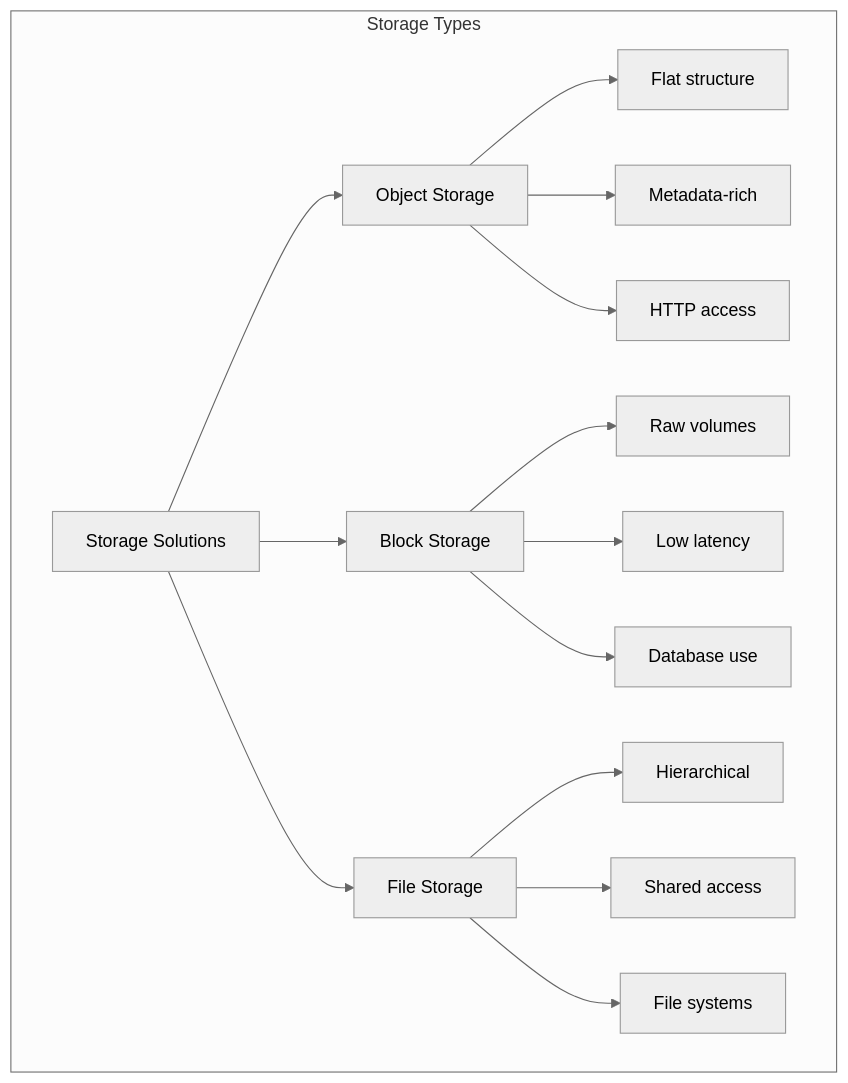
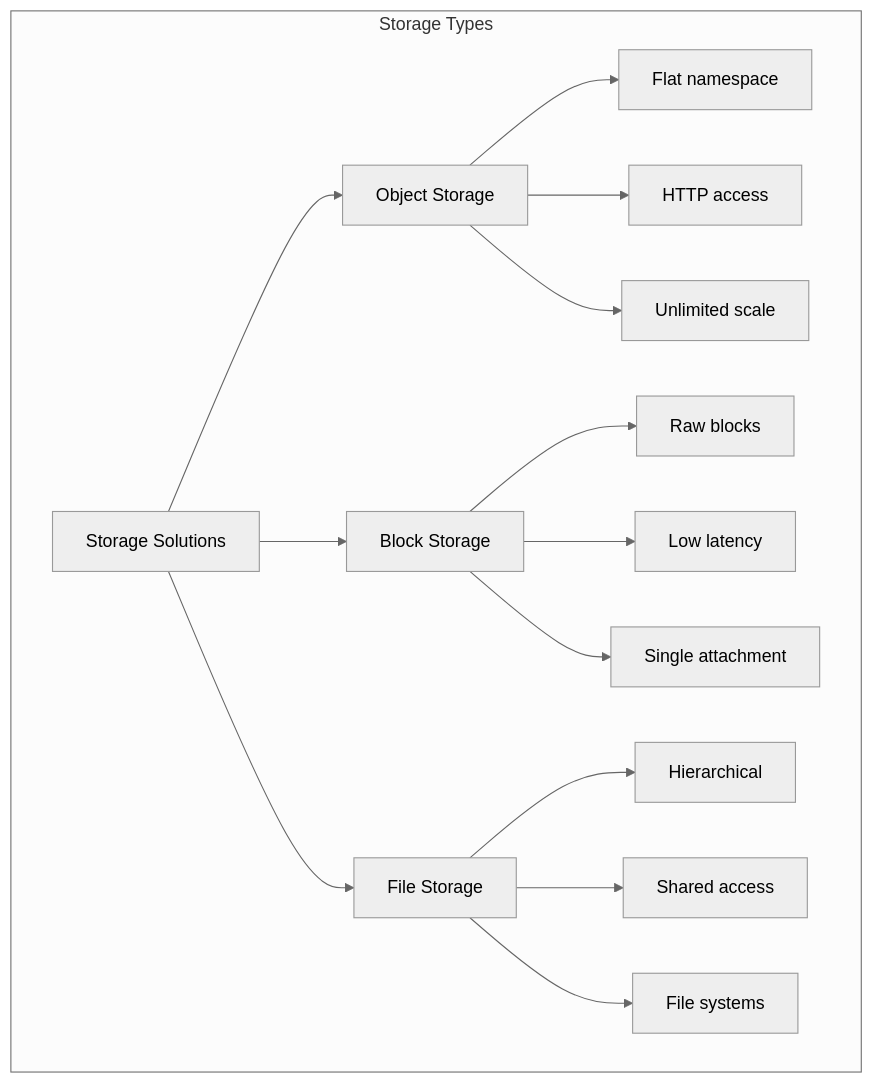
Before and after one commit to msk1039/eac-fa2-extempore: the first of 10 diagrams in 9.md, drawn with Mermaid (neutral theme). The commit also changed other lines of this file and 14 other files, not shown here.

````diff
--- a/9.md
+++ b/9.md
@@ -9,20 +17,20 @@
 ```mermaid
 graph TB
     subgraph "Storage Types"
         A[Storage Solutions] --> B[Object Storage]
         A --> C[Block Storage]
         A --> D[File Storage]
         
-        B --> B1[Flat structure]
-        B --> B2[Metadata-rich]
-        B --> B3[HTTP access]
+        B --> B1[Flat namespace]
+        B --> B2[HTTP access]
+        B --> B3[Unlimited scale]
         
-        C --> C1[Raw volumes]
+        C --> C1[Raw blocks]
         C --> C2[Low latency]
-        C --> C3[Database use]
+        C --> C3[Single attachment]
         
         D --> D1[Hierarchical]
         D --> D2[Shared access]
         D --> D3[File systems]
     end
 ```
````
